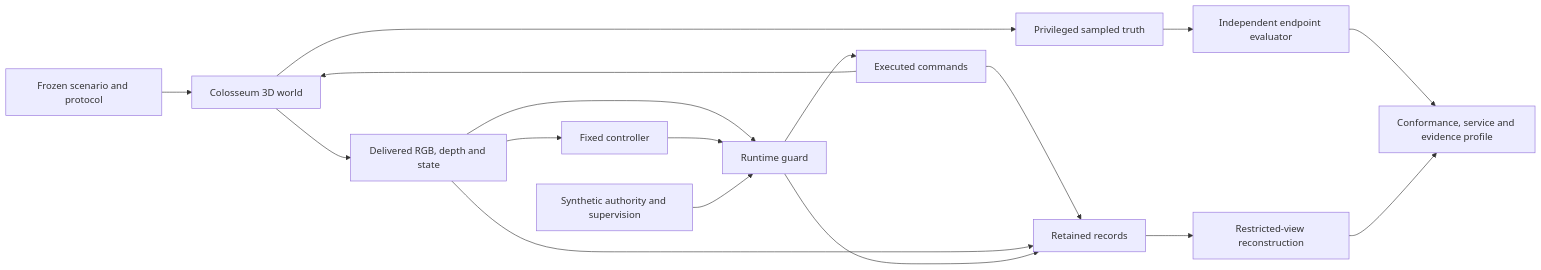
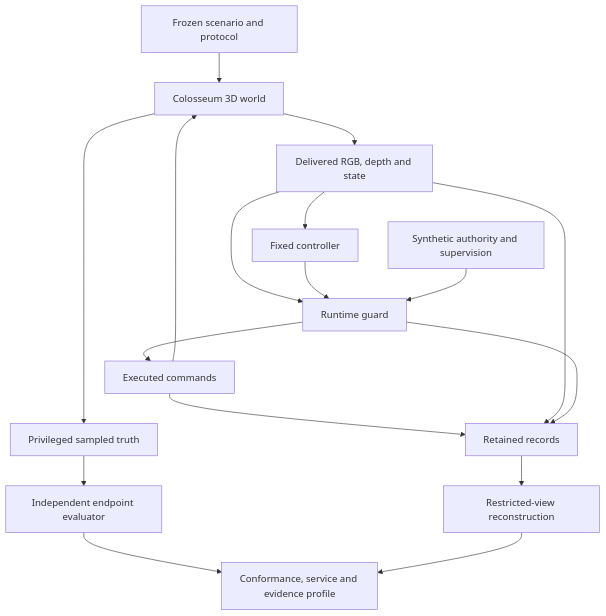
Before and after one commit to theemperor66/colosseum-alignment-research: the diagram in README.md, drawn with Mermaid.

Commit message:
Improve architecture diagram readability [skip ci]

````diff
--- a/README.md
+++ b/README.md
@@ -27,19 +27,19 @@
 ```mermaid
-flowchart LR
+flowchart TB
     P["Frozen scenario and protocol"] --> S["Colosseum 3D world"]
     S --> O["Delivered RGB, depth and state"]
     O --> C["Fixed controller"]
     O --> G["Runtime guard"]
     C --> G
     H["Synthetic authority and supervision"] --> G
     G --> D["Executed commands"]
     D --> S
     S --> T["Privileged sampled truth"]
     T --> E["Independent endpoint evaluator"]
     D --> R["Retained records"]
     O --> R
     G --> R
     R --> A["Restricted-view reconstruction"]
     E --> F["Conformance, service and evidence profile"]
     A --> F
 ```
````
